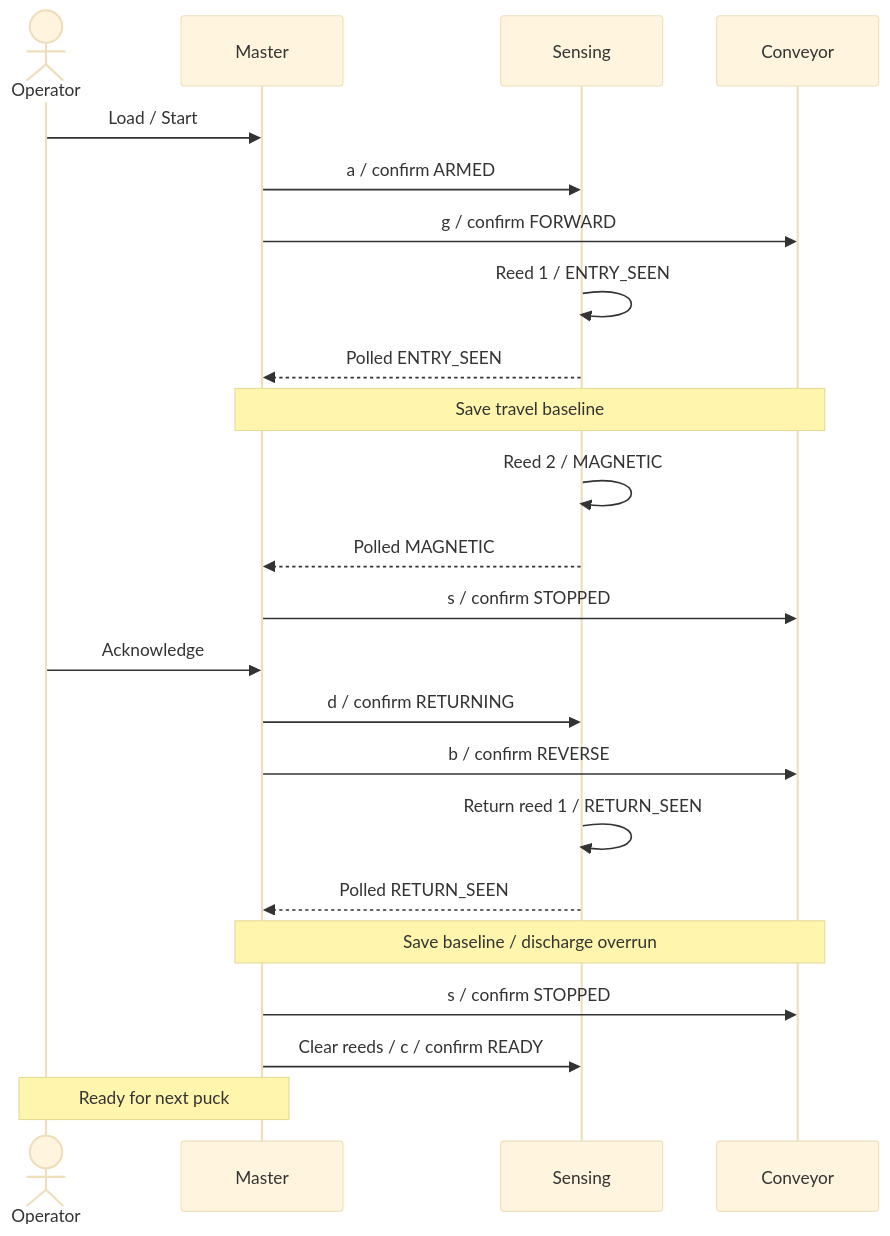
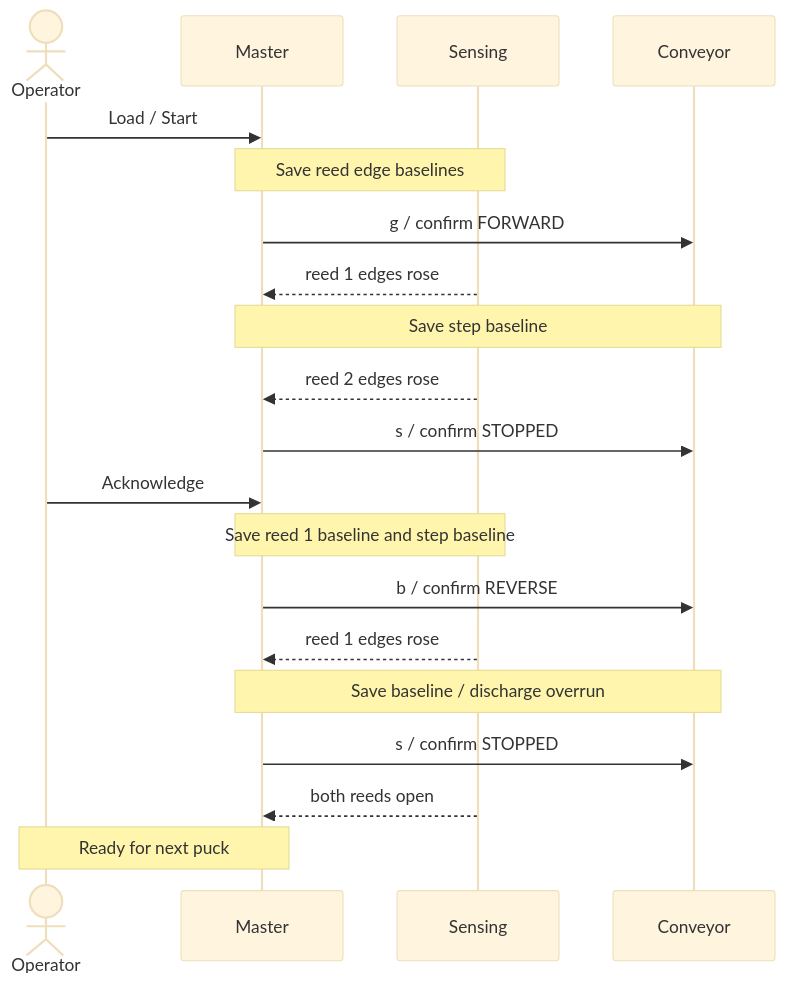
One commit to BitHarp/icte4005 changed the diagram in CONTRACT.md. Above: the diagram before and after it, drawn with Mermaid (base theme). The commit also changed other lines of this file and 29 other files, not shown here.

````diff
--- a/CONTRACT.md
+++ b/CONTRACT.md
@@ -83,25 +85,22 @@
 ```mermaid
 sequenceDiagram
     actor O as Operator
     participant M as Master
     participant S as Sensing
     participant C as Conveyor
     O->>M: Load / Start
-    M->>S: a / confirm ARMED
+    Note over M,S: Save reed edge baselines
     M->>C: g / confirm FORWARD
-    S->>S: Reed 1 / ENTRY_SEEN
-    S-->>M: Polled ENTRY_SEEN
-    Note over M,C: Save travel baseline
-    S->>S: Reed 2 / MAGNETIC
-    S-->>M: Polled MAGNETIC
+    S-->>M: reed 1 edges rose
+    Note over M,C: Save step baseline
+    S-->>M: reed 2 edges rose
     M->>C: s / confirm STOPPED
     O->>M: Acknowledge
-    M->>S: d / confirm RETURNING
+    Note over M,S: Save reed 1 baseline and step baseline
     M->>C: b / confirm REVERSE
-    S->>S: Return reed 1 / RETURN_SEEN
-    S-->>M: Polled RETURN_SEEN
+    S-->>M: reed 1 edges rose
     Note over M,C: Save baseline / discharge overrun
     M->>C: s / confirm STOPPED
-    M->>S: Clear reeds / c / confirm READY
+    S-->>M: both reeds open
     Note over O,M: Ready for next puck
 ```
````
